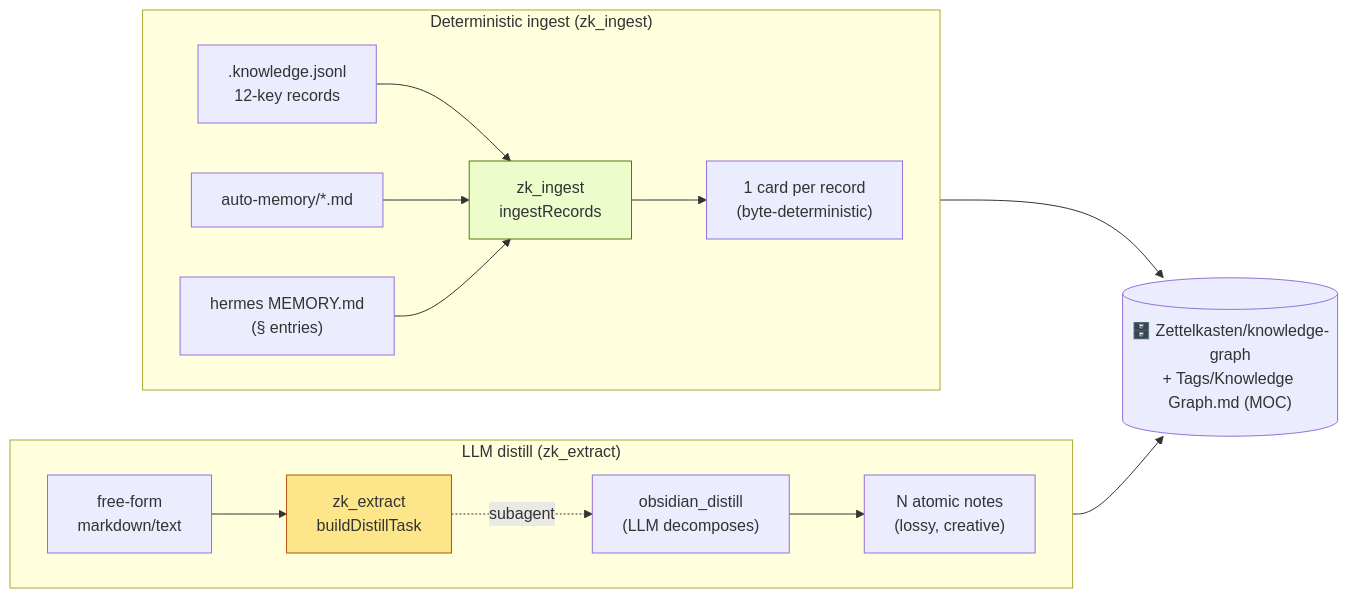
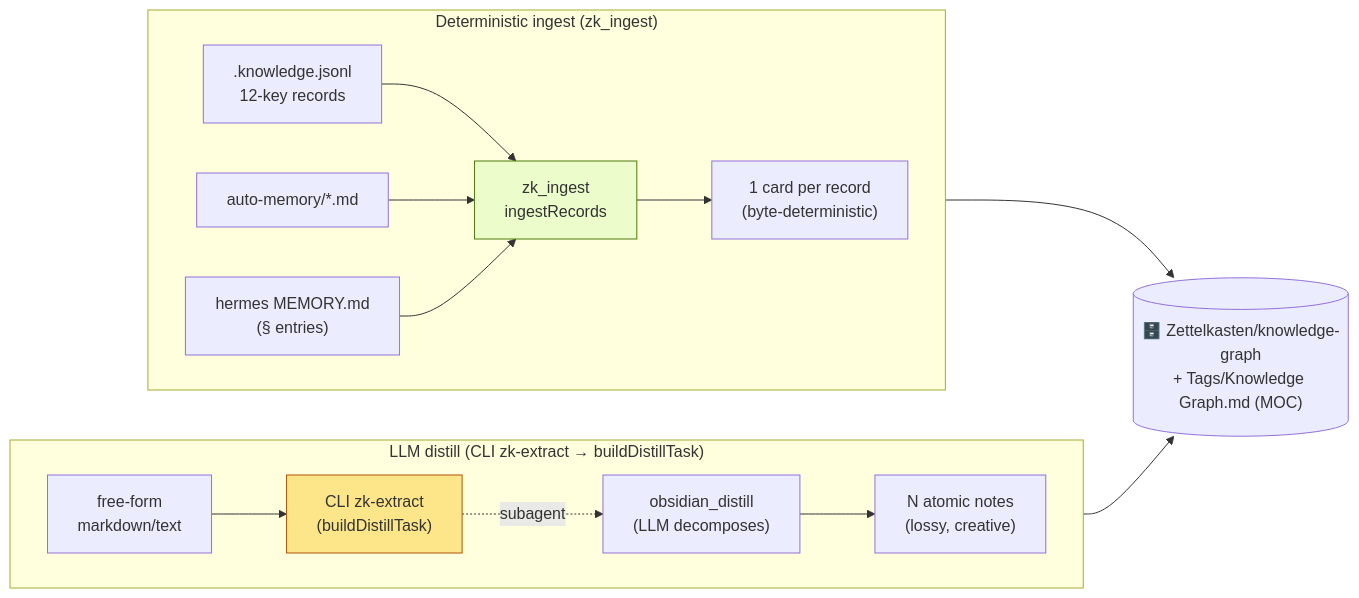
Before and after one commit to ziyu4huang/video_generation: the second of 4 diagrams in bun-apps/pi-agent-ext-knowledge-card/docs/TOOL-ORCHESTRATION.md, drawn with Mermaid. The commit also changed other lines of this file, not shown here.

````diff
--- a/bun-apps/pi-agent-ext-knowledge-card/docs/TOOL-ORCHESTRATION.md
+++ b/bun-apps/pi-agent-ext-knowledge-card/docs/TOOL-ORCHESTRATION.md
@@ -106,21 +106,21 @@
 ```mermaid
 flowchart LR
   classDef llm fill:#fde68a,stroke:#b45309
   classDef det fill:#ecfccb,stroke:#4d7c0f
 
-  subgraph w1["LLM distill (zk_extract)"]
+  subgraph w1["LLM distill (CLI zk-extract → buildDistillTask)"]
     direction LR
-    MD["free-form<br/>markdown/text"] --> ZE["zk_extract<br/>buildDistillTask"]:::llm
+    MD["free-form<br/>markdown/text"] --> ZE["CLI zk-extract<br/>(buildDistillTask)"]:::llm
     ZE -.->|subagent| DISTILL["obsidian_distill<br/>(LLM decomposes)"]
     DISTILL --> N1["N atomic notes<br/>(lossy, creative)"]
   end
   subgraph w2["Deterministic ingest (zk_ingest)"]
     direction LR
     JSONL[".knowledge.jsonl<br/>12-key records"] --> ZI["zk_ingest<br/>ingestRecords"]:::det
     MEM["auto-memory/*.md"] --> ZI
     HERMES["hermes MEMORY.md<br/>(§ entries)"] --> ZI
     ZI --> ZC["1 card per record<br/>(byte-deterministic)"]
   end
   N1 --> VAULT[("🗄️ Zettelkasten/knowledge-graph<br/>+ Tags/Knowledge Graph.md (MOC)")]
   ZC --> VAULT
 ```
````
